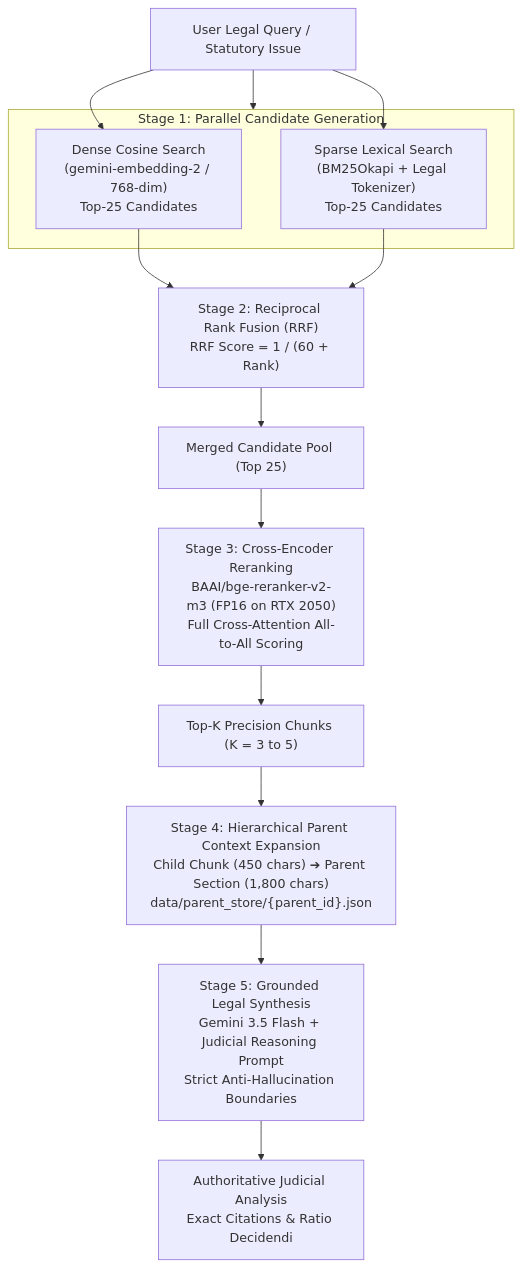
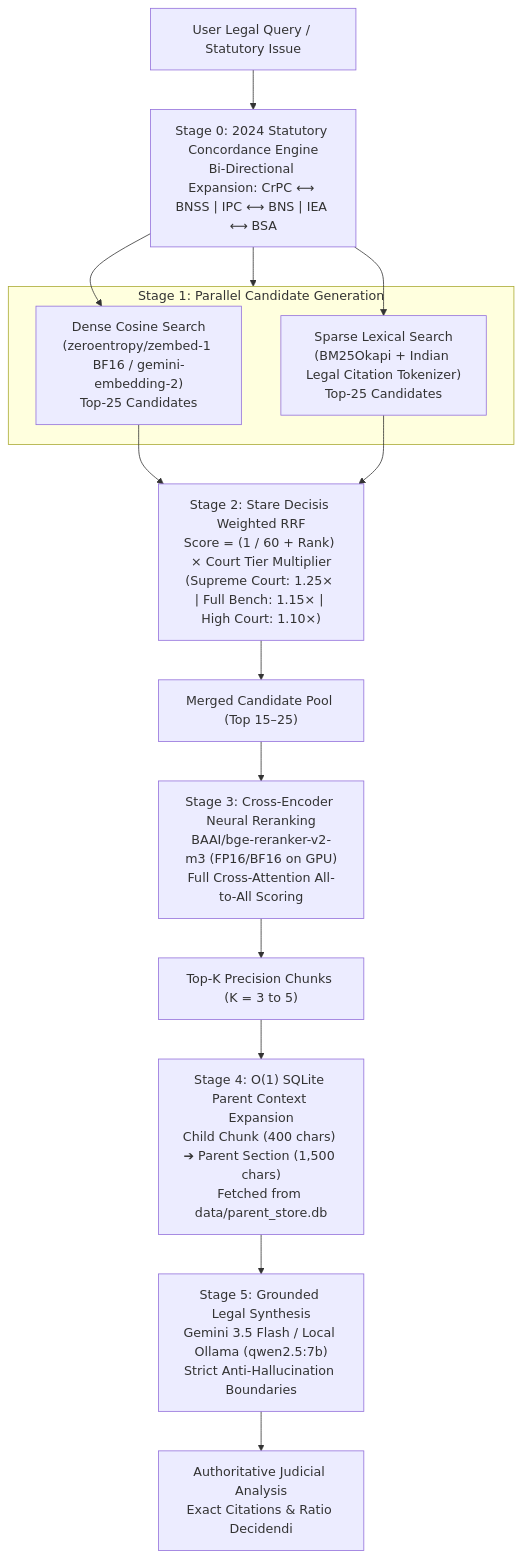
Before and after one commit to Aditya-Kayasth/Major-Project: the first of 2 diagrams in README.md, drawn with Mermaid. The commit also changed other lines of this file, not shown here.

Commit message:
docs: update README with B200 hardware profile, 20GB RAM & 30GB storage guardrails, SQLite store, and concordance layer

````diff
--- a/README.md
+++ b/README.md
@@ -25,27 +32,28 @@
 ```mermaid
 flowchart TD
-    UserQuery["User Legal Query / Statutory Issue"] --> Stage1
+    UserQuery["User Legal Query / Statutory Issue"] --> Stage0["Stage 0: 2024 Statutory Concordance Engine<br>Bi-Directional Expansion: CrPC ⟷ BNSS | IPC ⟷ BNS | IEA ⟷ BSA"]
 
+    Stage0 --> Stage1
     subgraph Stage1 ["Stage 1: Parallel Candidate Generation"]
-        Dense["Dense Cosine Search<br>(gemini-embedding-2 / 768-dim)<br>Top-25 Candidates"]
-        Sparse["Sparse Lexical Search<br>(BM25Okapi + Legal Tokenizer)<br>Top-25 Candidates"]
+        Dense["Dense Cosine Search<br>(zeroentropy/zembed-1 BF16 / gemini-embedding-2)<br>Top-25 Candidates"]
+        Sparse["Sparse Lexical Search<br>(BM25Okapi + Indian Legal Citation Tokenizer)<br>Top-25 Candidates"]
     end
 
-    UserQuery --> Dense
-    UserQuery --> Sparse
+    Stage0 --> Dense
+    Stage0 --> Sparse
 
-    Dense --> Stage2["Stage 2: Reciprocal Rank Fusion (RRF)<br>RRF Score = 1 / (60 + Rank)"]
+    Dense --> Stage2["Stage 2: Stare Decisis Weighted RRF<br>Score = (1 / 60 + Rank) × Court Tier Multiplier<br>(Supreme Court: 1.25× | Full Bench: 1.15× | High Court: 1.10×)"]
     Sparse --> Stage2
 
-    Stage2 --> TopPool["Merged Candidate Pool (Top 25)"]
+    Stage2 --> TopPool["Merged Candidate Pool (Top 15–25)"]
 
-    TopPool --> Stage3["Stage 3: Cross-Encoder Reranking<br>BAAI/bge-reranker-v2-m3 (FP16 on RTX 2050)<br>Full Cross-Attention All-to-All Scoring"]
+    TopPool --> Stage3["Stage 3: Cross-Encoder Neural Reranking<br>BAAI/bge-reranker-v2-m3 (FP16/BF16 on GPU)<br>Full Cross-Attention All-to-All Scoring"]
 
     Stage3 --> RerankedHits["Top-K Precision Chunks (K = 3 to 5)"]
 
-    RerankedHits --> Stage4["Stage 4: Hierarchical Parent Context Expansion<br>Child Chunk (450 chars) ➔ Parent Section (1,800 chars)<br>data/parent_store/{parent_id}.json"]
+    RerankedHits --> Stage4["Stage 4: O(1) SQLite Parent Context Expansion<br>Child Chunk (400 chars) ➔ Parent Section (1,500 chars)<br>Fetched from data/parent_store.db"]
 
-    Stage4 --> Stage5["Stage 5: Grounded Legal Synthesis<br>Gemini 3.5 Flash + Judicial Reasoning Prompt<br>Strict Anti-Hallucination Boundaries"]
+    Stage4 --> Stage5["Stage 5: Grounded Legal Synthesis<br>Gemini 3.5 Flash / Local Ollama (qwen2.5:7b)<br>Strict Anti-Hallucination Boundaries"]
 
     Stage5 --> FinalOutput["Authoritative Judicial Analysis<br>Exact Citations & Ratio Decidendi"]
 ```
````
